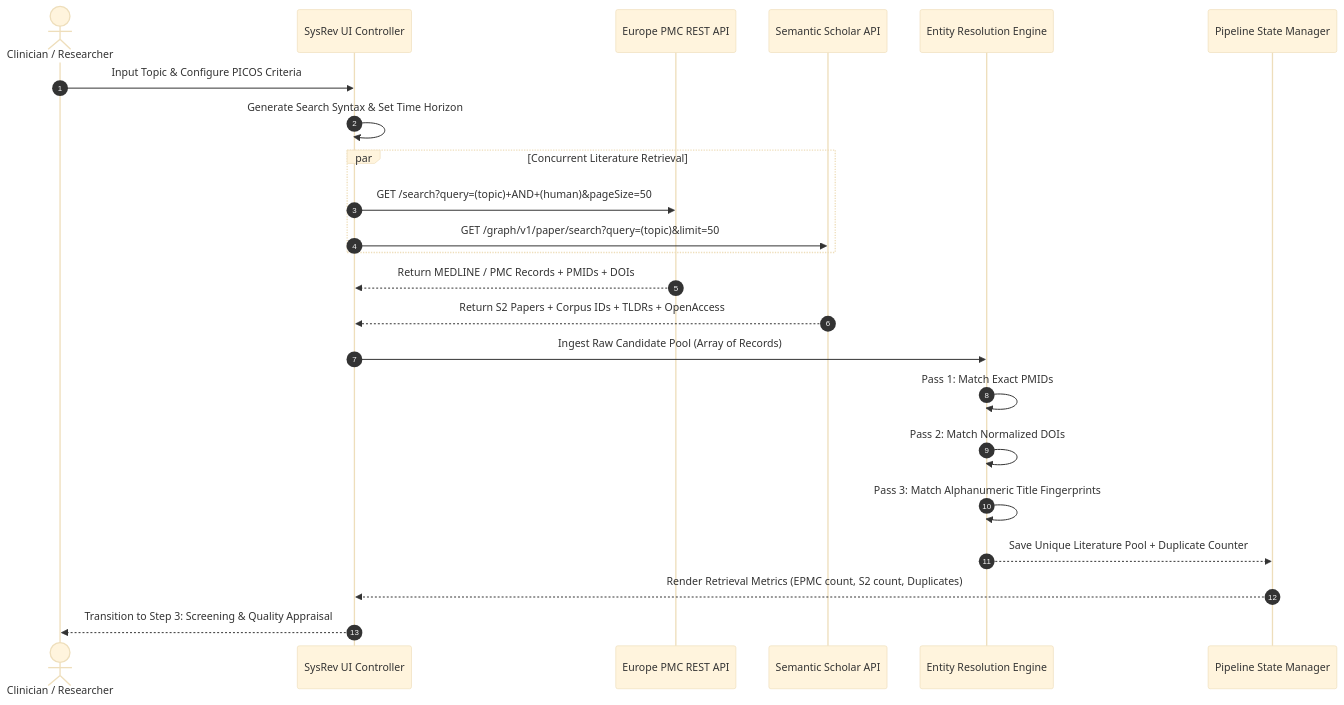
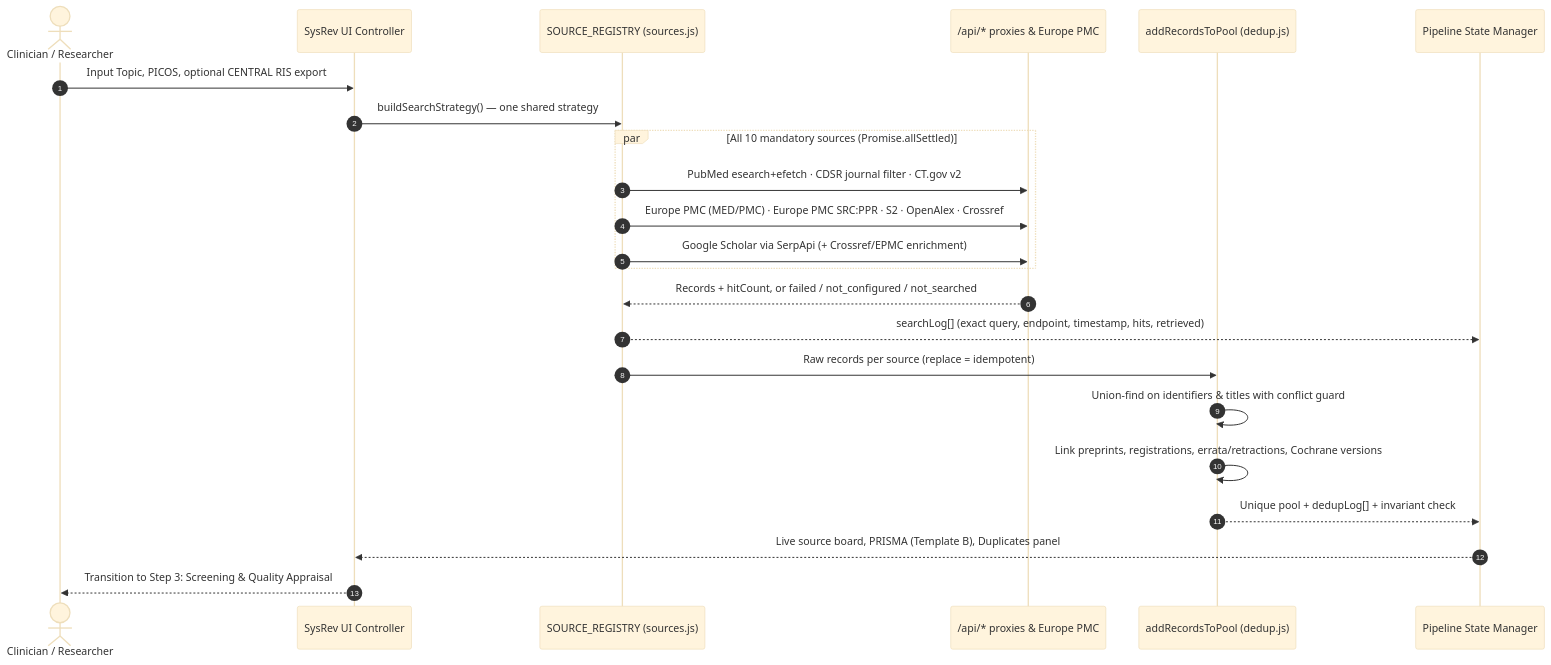
Before and after one commit to roroleaks/Sysrevai: the second of 4 diagrams in README.md, drawn with Mermaid (base theme). The commit also changed other lines of this file and 1 other file, not shown here.

First line of the commit message:
docs: README and CHANGELOG for mandatory sources and cluster deduplication

````diff
--- a/README.md
+++ b/README.md
@@ -150,26 +152,26 @@
 ```mermaid
 sequenceDiagram
     autonumber
     actor User as Clinician / Researcher
     participant UI as SysRev UI Controller
-    participant EPMC as Europe PMC REST API
-    participant S2 as Semantic Scholar API
-    participant DEDUP as Entity Resolution Engine
+    participant REG as SOURCE_REGISTRY (sources.js)
+    participant API as /api/* proxies & Europe PMC
+    participant POOL as addRecordsToPool (dedup.js)
     participant STORE as Pipeline State Manager
 
-    User->>UI: Input Topic & Configure PICOS Criteria
-    UI->>UI: Generate Search Syntax & Set Time Horizon
-    par Concurrent Literature Retrieval
-        UI->>EPMC: GET /search?query=(topic)+AND+(human)&pageSize=50
-        UI->>S2: GET /graph/v1/paper/search?query=(topic)&limit=50
+    User->>UI: Input Topic, PICOS, optional CENTRAL RIS export
+    UI->>REG: buildSearchStrategy() — one shared strategy
+    par All 10 mandatory sources (Promise.allSettled)
+        REG->>API: PubMed esearch+efetch · CDSR journal filter · CT.gov v2
+        REG->>API: Europe PMC (MED/PMC) · Europe PMC SRC:PPR · S2 · OpenAlex · Crossref
+        REG->>API: Google Scholar via SerpApi (+ Crossref/EPMC enrichment)
     end
-    EPMC-->>UI: Return MEDLINE / PMC Records + PMIDs + DOIs
-    S2-->>UI: Return S2 Papers + Corpus IDs + TLDRs + OpenAccess
-    UI->>DEDUP: Ingest Raw Candidate Pool (Array of Records)
-    DEDUP->>DEDUP: Pass 1: Match Exact PMIDs
-    DEDUP->>DEDUP: Pass 2: Match Normalized DOIs
-    DEDUP->>DEDUP: Pass 3: Match Alphanumeric Title Fingerprints
-    DEDUP-->>STORE: Save Unique Literature Pool + Duplicate Counter
-    STORE-->>UI: Render Retrieval Metrics (EPMC count, S2 count, Duplicates)
+    API-->>REG: Records + hitCount, or failed / not_configured / not_searched
+    REG-->>STORE: searchLog[] (exact query, endpoint, timestamp, hits, retrieved)
+    REG->>POOL: Raw records per source (replace = idempotent)
+    POOL->>POOL: Union-find on identifiers & titles with conflict guard
+    POOL->>POOL: Link preprints, registrations, errata/retractions, Cochrane versions
+    POOL-->>STORE: Unique pool + dedupLog[] + invariant check
+    STORE-->>UI: Live source board, PRISMA (Template B), Duplicates panel
     UI-->>User: Transition to Step 3: Screening & Quality Appraisal
 ```
````
